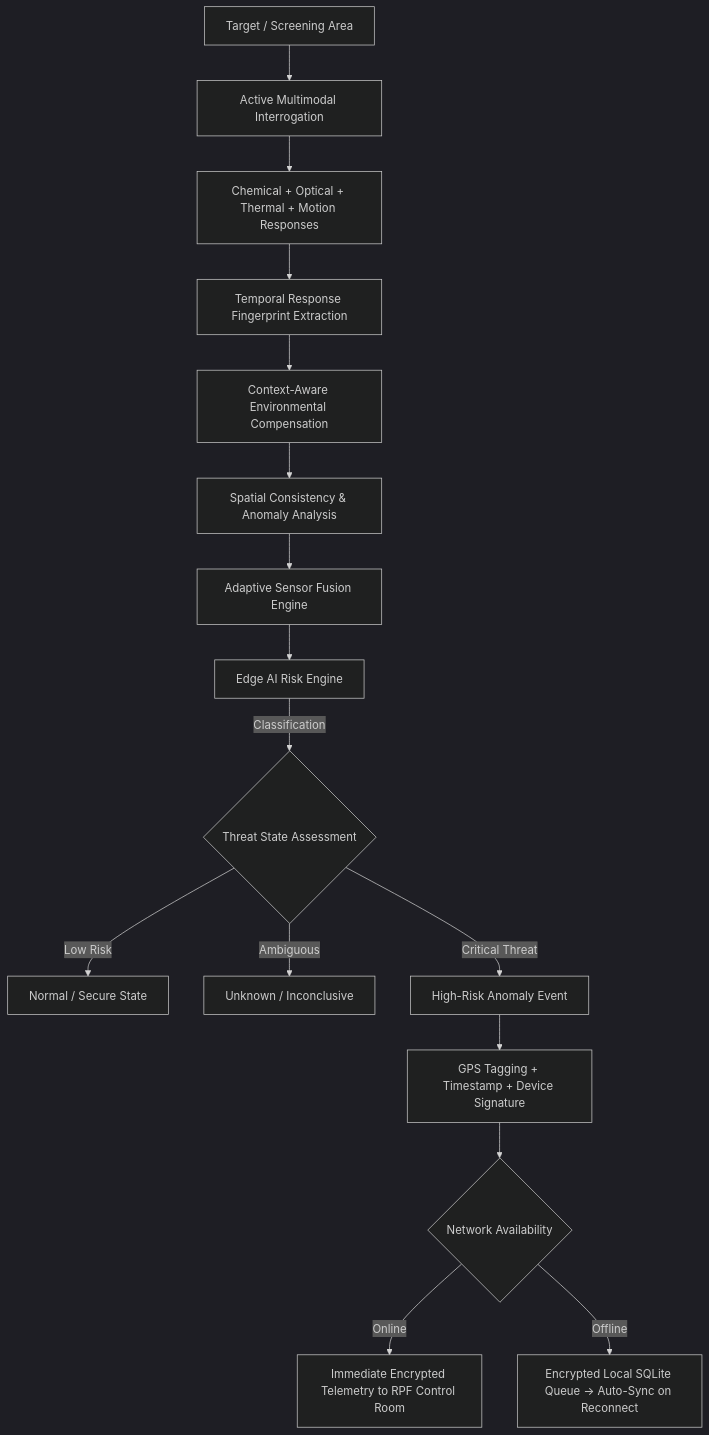
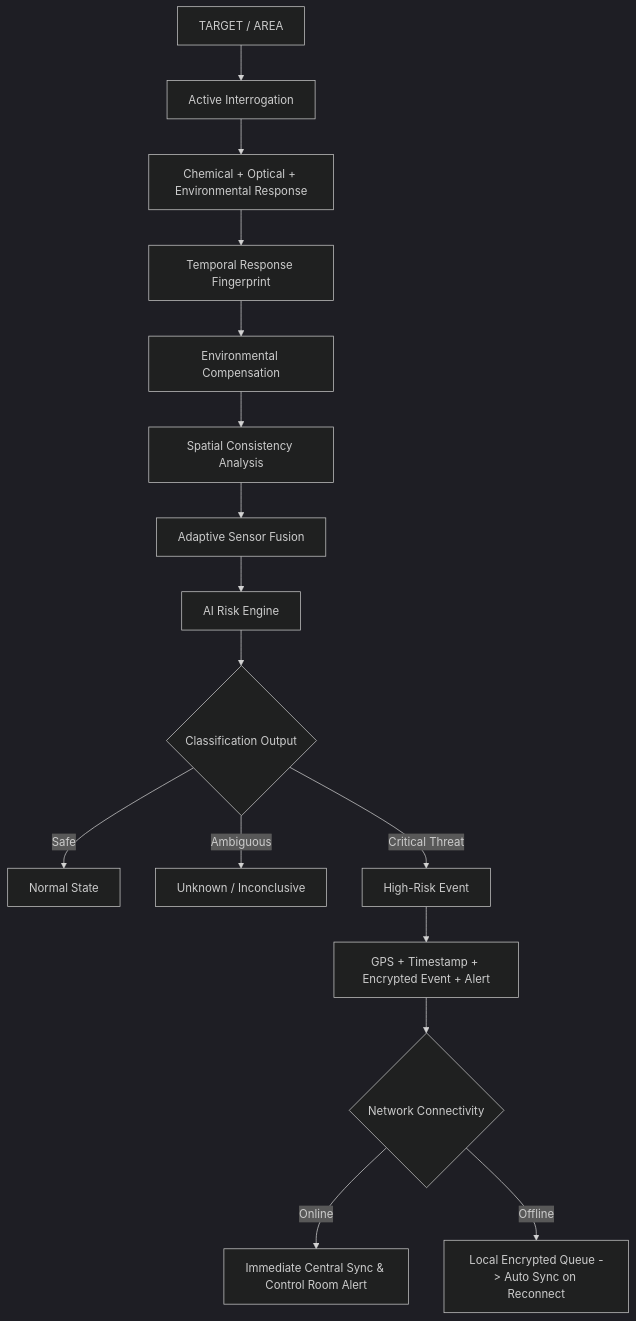
The diagram in README.md (immanuel-thomas-j/SIH-Vyomex), drawn with Mermaid (dark theme) before and after one commit. The commit also changed other lines of this file, not shown here.

````diff
--- a/README.md
+++ b/README.md
@@ -23,18 +21,18 @@
 ```mermaid
 flowchart TD
-    A["Target / Screening Area"] --> B["Active Multimodal Interrogation"]
-    B --> C["Chemical + Optical + Thermal + Motion Responses"]
-    C --> D["Temporal Response Fingerprint Extraction"]
-    D --> E["Context-Aware Environmental Compensation"]
-    E --> F["Spatial Consistency & Anomaly Analysis"]
-    F --> G["Adaptive Sensor Fusion Engine"]
-    G --> H["Edge AI Risk Engine"]
-    H -->|Classification| I{"Threat State Assessment"}
-    I -->|Low Risk| J["Normal / Secure State"]
+    A["TARGET / AREA"] --> B["Active Interrogation"]
+    B --> C["Chemical + Optical + Environmental Response"]
+    C --> D["Temporal Response Fingerprint"]
+    D --> E["Environmental Compensation"]
+    E --> F["Spatial Consistency Analysis"]
+    F --> G["Adaptive Sensor Fusion"]
+    G --> H["AI Risk Engine"]
+    H --> I{"Classification Output"}
+    I -->|Safe| J["Normal State"]
     I -->|Ambiguous| K["Unknown / Inconclusive"]
-    I -->|Critical Threat| L["High-Risk Anomaly Event"]
-    L --> M["GPS Tagging + Timestamp + Device Signature"]
-    M --> N{"Network Availability"}
-    N -->|Online| O["Immediate Encrypted Telemetry to RPF Control Room"]
-    N -->|Offline| P["Encrypted Local SQLite Queue -> Auto-Sync on Reconnect"]
+    I -->|Critical Threat| L["High-Risk Event"]
+    L --> M["GPS + Timestamp + Encrypted Event + Alert"]
+    M --> N{"Network Connectivity"}
+    N -->|Online| O["Immediate Central Sync & Control Room Alert"]
+    N -->|Offline| P["Local Encrypted Queue -> Auto Sync on Reconnect"]
 ```
````
